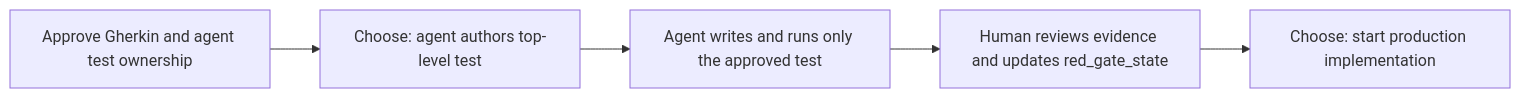
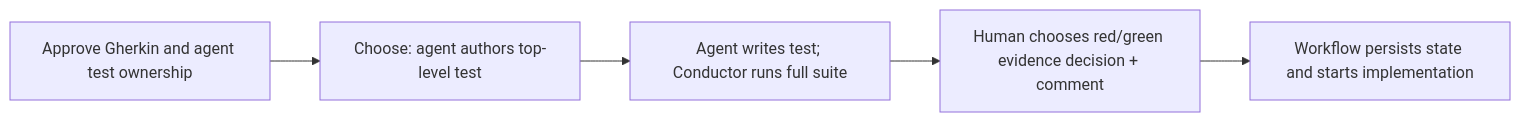
The ninth of 15 diagrams in workflows/conductor/README.md (cdespona/gentle-ai-fork), drawn with Mermaid before and after one commit. The commit also changed other lines of this file and 29 other files, not shown here.

````diff
--- a/workflows/conductor/README.md
+++ b/workflows/conductor/README.md
@@ -444,7 +462,7 @@
 ```mermaid
 flowchart LR
     A["Approve Gherkin and agent test ownership"] --> B["Choose: agent authors top-level test"]
-    B --> C["Agent writes and runs only the approved test"]
-    C --> D["Human reviews evidence and updates red_gate_state"]
-    D --> E["Choose: start production implementation"]
+    B --> C["Agent writes test; Conductor runs full suite"]
+    C --> D["Human chooses red/green evidence decision + comment"]
+    D --> E["Workflow persists state and starts implementation"]
 ```
````
